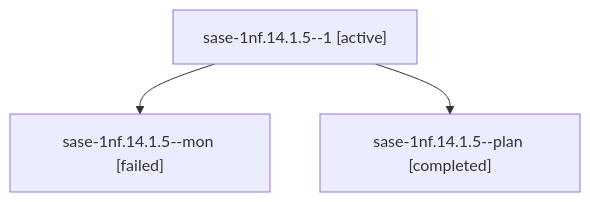
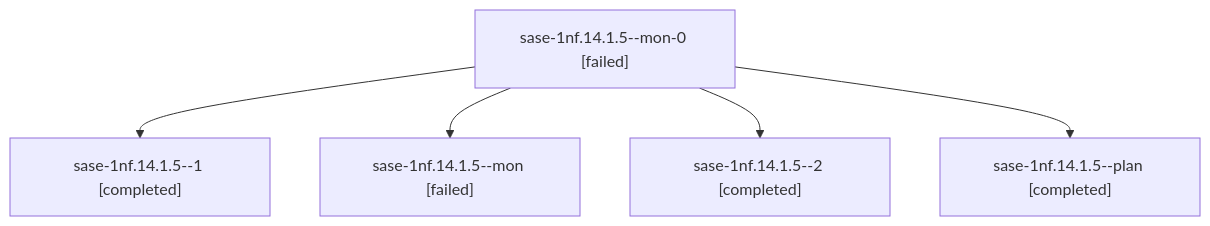
The diagram in sessions/bbugyi200.athena.sase-1nf.14.1.5.md (sase-org/sase--agents), drawn with Mermaid before and after one commit. The commit also changed other lines of this file and 188 other files, not shown here.

````diff
--- a/sessions/bbugyi200.athena.sase-1nf.14.1.5.md
+++ b/sessions/bbugyi200.athena.sase-1nf.14.1.5.md
@@ -9,8 +9,12 @@
 ```mermaid
 flowchart TD
-  n0["sase-1nf.14.1.5--1 [active]"]
-  n1["sase-1nf.14.1.5--mon [failed]"]
+  n0["sase-1nf.14.1.5--mon-0 [failed]"]
+  n1["sase-1nf.14.1.5--1 [completed]"]
   n0 --> n1
-  n2["sase-1nf.14.1.5--plan [completed]"]
+  n2["sase-1nf.14.1.5--mon [failed]"]
   n0 --> n2
+  n3["sase-1nf.14.1.5--2 [completed]"]
+  n0 --> n3
+  n4["sase-1nf.14.1.5--plan [completed]"]
+  n0 --> n4
 ```
````
